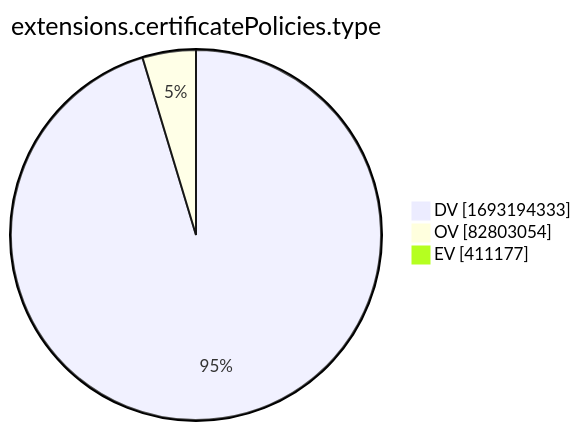
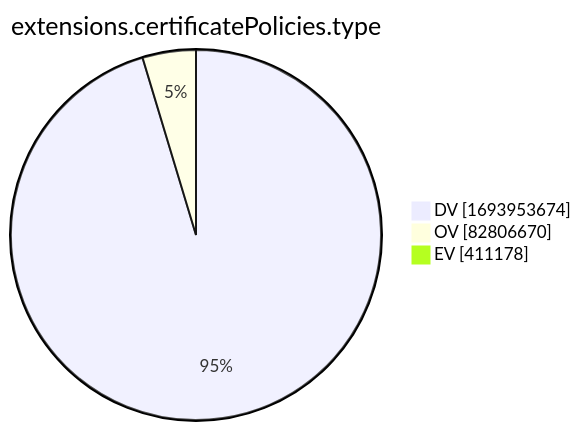
The tenth of 15 diagrams in xenon2022/README.md (christiankrug/ctmonitor_visualization), drawn with Mermaid before and after one commit. The commit also changed other lines of this file, not shown here.

````diff
--- a/xenon2022/README.md
+++ b/xenon2022/README.md
@@ -2881,7 +2881,7 @@
 ```mermaid
 pie showData
 title extensions.certificatePolicies.type
-"DV" :1693194333
-"OV" :82803054
-"EV" :411177
+"DV" :1693953674
+"OV" :82806670
+"EV" :411178
 ```
````
